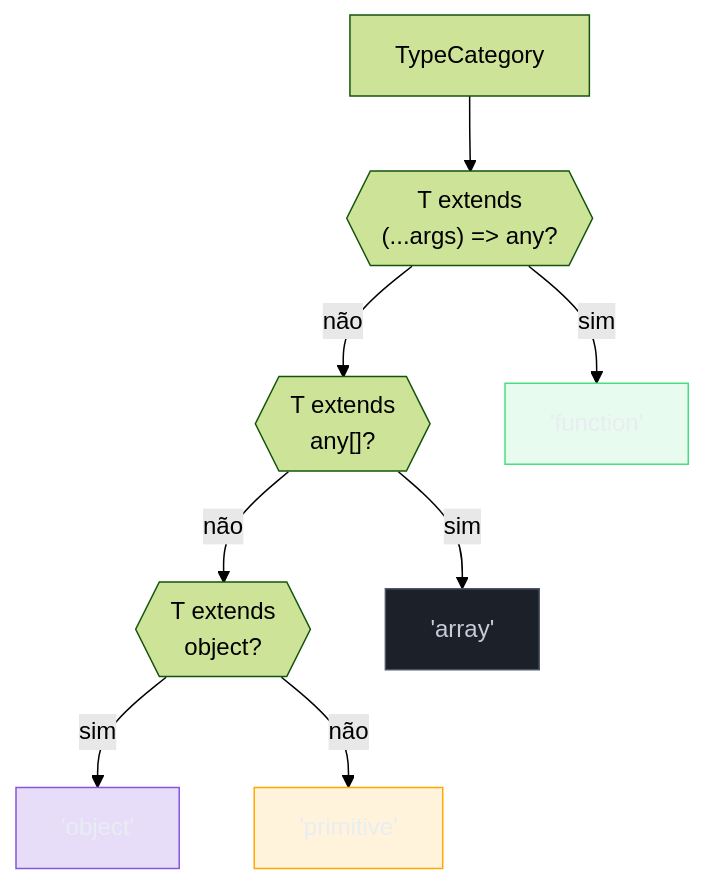
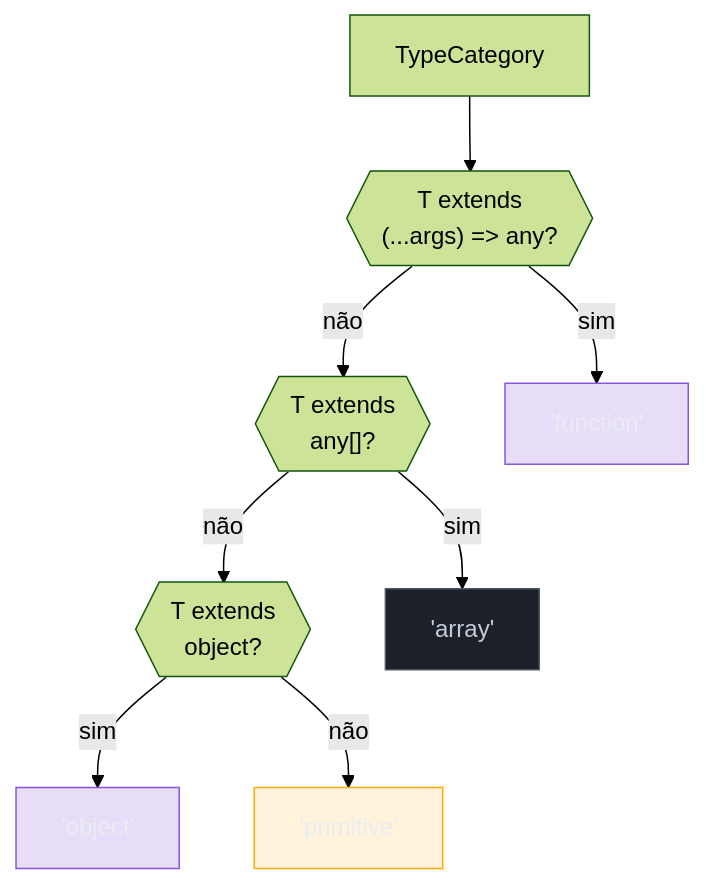
The fourth of 5 diagrams in 03-Dominios/Tecnologia/TypeScript/13 - Conditional types.md (josenaldo/codex-technomanticus), drawn with Mermaid (forest theme) before and after one commit. The commit also changed other lines of this file and 601 other files, not shown here.

````diff
--- a/03-Dominios/Tecnologia/TypeScript/13 - Conditional types.md
+++ b/03-Dominios/Tecnologia/TypeScript/13 - Conditional types.md
@@ -310,28 +310,27 @@
 ```mermaid
 flowchart TD
-    classDef ok fill:#4ADE8021,stroke:#4ADE80,color:#E9ECF2
     classDef neutro fill:#1B2029,stroke:#4E5666,color:#C6CCD8
     classDef marca fill:#8855DF33,stroke:#8855DF,color:#E9ECF2
     classDef destaque fill:#FFAA0024,stroke:#FFAA00,color:#E9ECF2
     T["TypeCategory<T>"]
     Q1{{"T extends\n(...args) => any?"}}
     Q2{{"T extends\nany[]?"}}
     Q3{{"T extends\nobject?"}}
     RF["'function'"]
     RA["'array'"]
     RO["'object'"]
     RP["'primitive'"]
 
     T --> Q1
     Q1 -- sim --> RF
     Q1 -- não --> Q2
     Q2 -- sim --> RA
     Q2 -- não --> Q3
     Q3 -- sim --> RO
     Q3 -- não --> RP
 
-    class RF ok
+    class RF marca
     class RA neutro
     class RO marca
     class RP destaque
 ```
````
